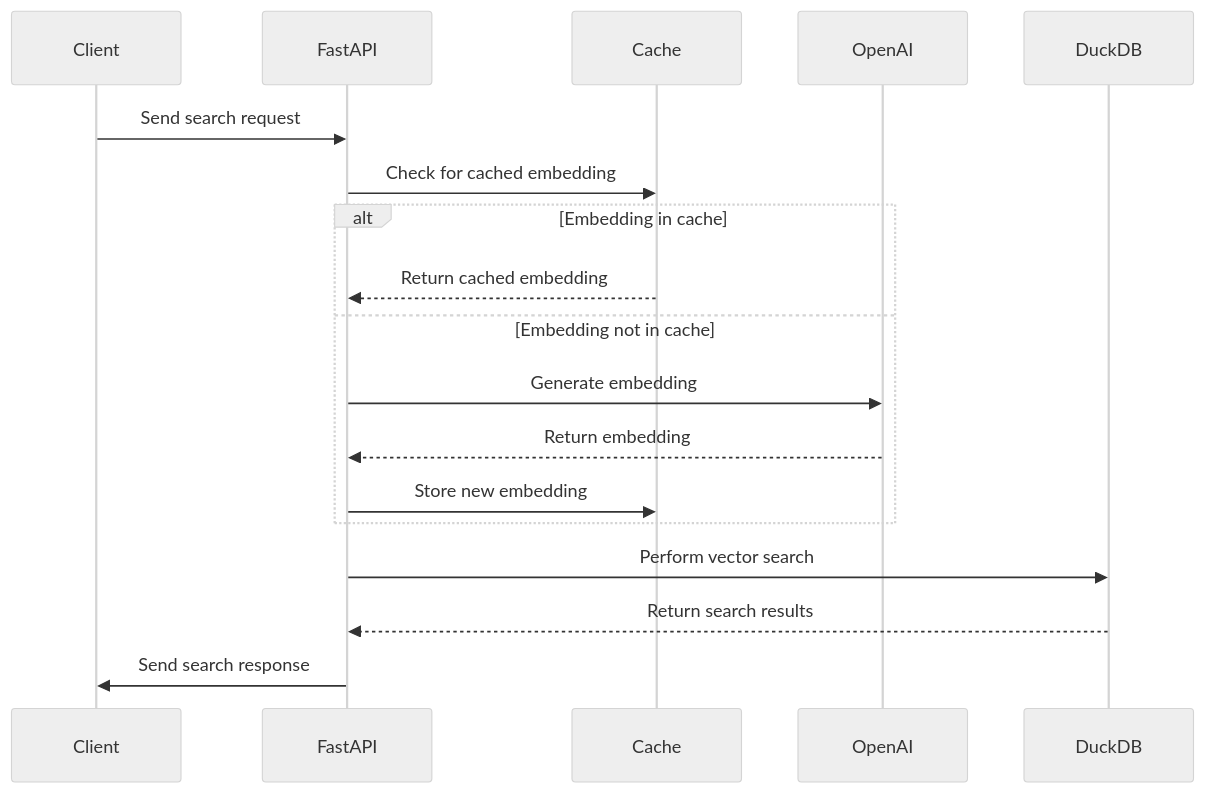
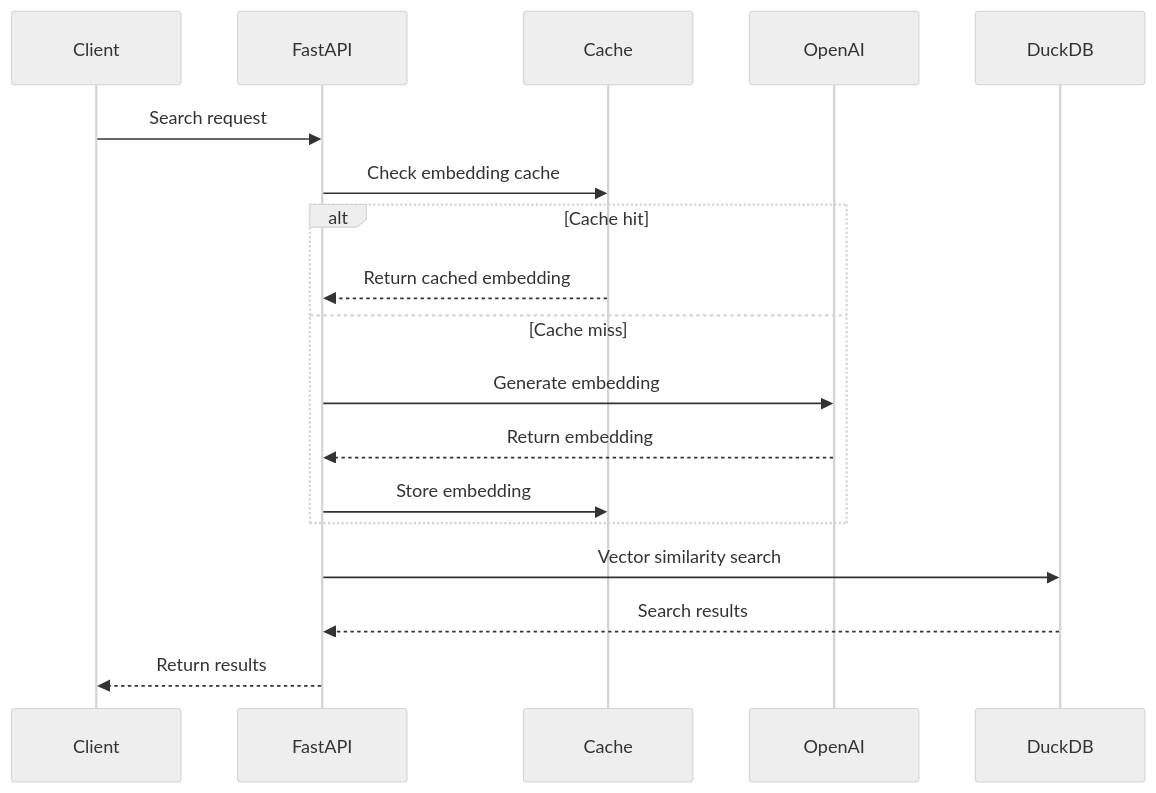
One commit to allen2c/dvs changed the diagram in README.md. Above: the diagram before and after it, drawn with Mermaid (neutral theme). The commit also changed other lines of this file and 1 other file, not shown here.

````diff
--- a/README.md
+++ b/README.md
@@ -27,21 +85,21 @@
 ```mermaid
 sequenceDiagram
     participant Client
     participant FastAPI
     participant Cache
     participant OpenAI
     participant DuckDB
 
-    Client->>FastAPI: Send search request
-    FastAPI->>Cache: Check for cached embedding
-    alt Embedding in cache
+    Client->>FastAPI: Search request
+    FastAPI->>Cache: Check embedding cache
+    alt Cache hit
         Cache-->>FastAPI: Return cached embedding
-    else Embedding not in cache
+    else Cache miss
         FastAPI->>OpenAI: Generate embedding
         OpenAI-->>FastAPI: Return embedding
-        FastAPI->>Cache: Store new embedding
+        FastAPI->>Cache: Store embedding
     end
-    FastAPI->>DuckDB: Perform vector search
-    DuckDB-->>FastAPI: Return search results
-    FastAPI->>Client: Send search response
+    FastAPI->>DuckDB: Vector similarity search
+    DuckDB-->>FastAPI: Search results
+    FastAPI-->>Client: Return results
 ```
````
